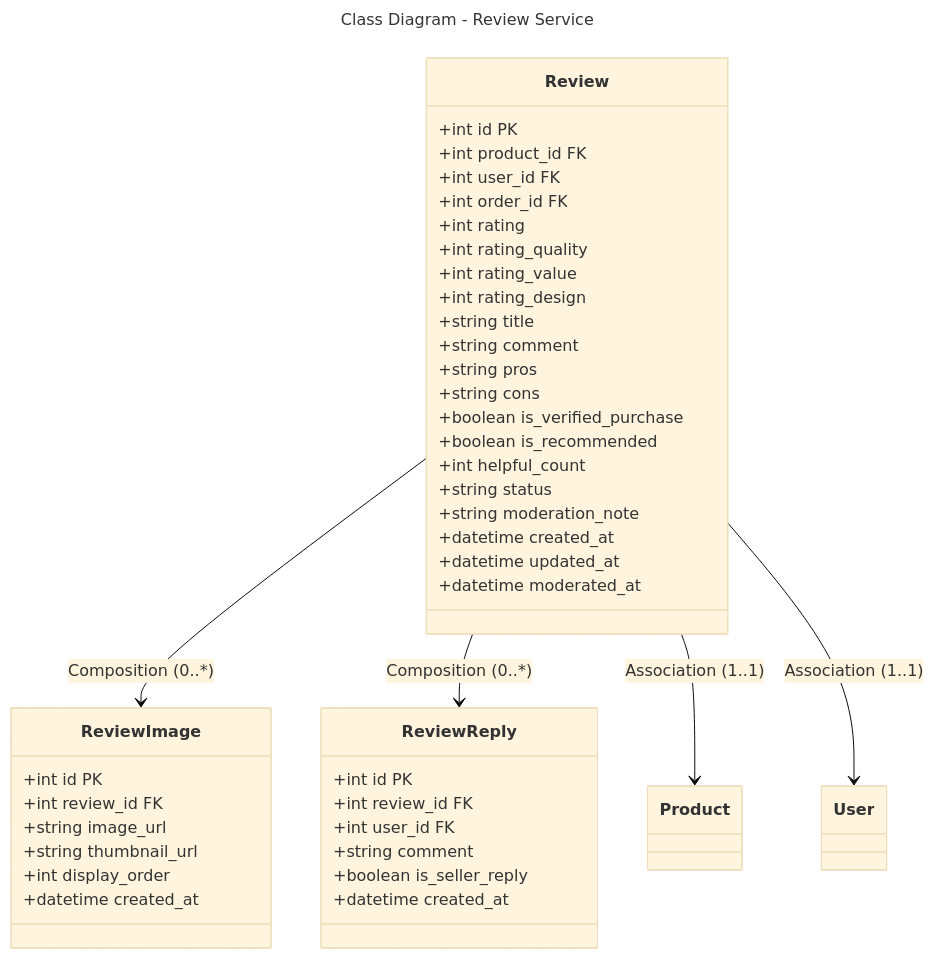
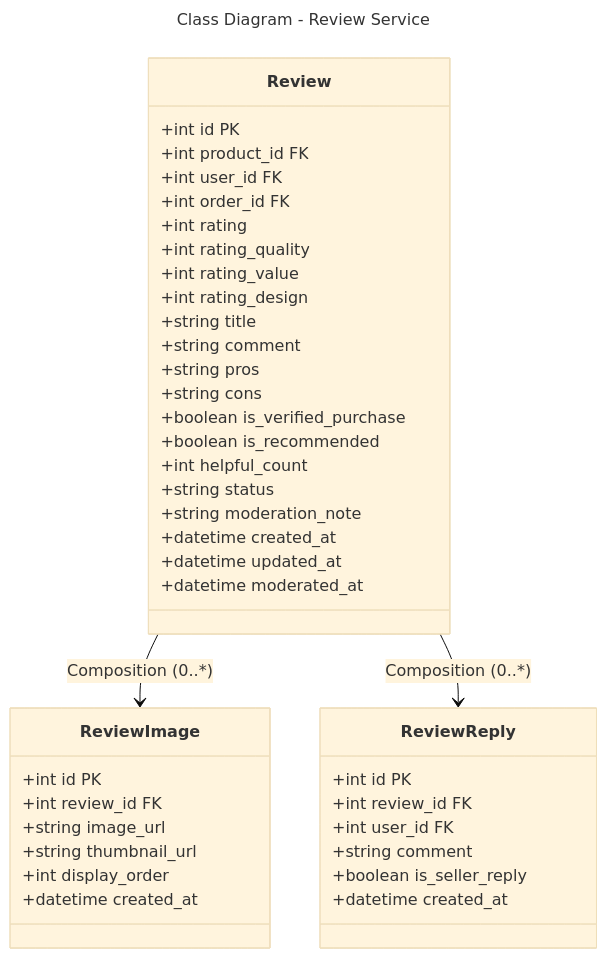
One commit to Trannaaanhh/ecom changed the diagram in docs/diagrams/class/review-service.md. Above: the diagram before and after it, drawn with Mermaid (base theme). The commit also changed other lines of this file and 11 other files, not shown here.

````diff
--- a/docs/diagrams/class/review-service.md
+++ b/docs/diagrams/class/review-service.md
@@ -1,51 +1,49 @@
 ```mermaid
 ---
 title: Class Diagram - Review Service
 ---
 classDiagram
     class Review {
         +int id PK
         +int product_id FK
         +int user_id FK
         +int order_id FK
         +int rating
         +int rating_quality
         +int rating_value
         +int rating_design
         +string title
         +string comment
         +string pros
         +string cons
         +boolean is_verified_purchase
         +boolean is_recommended
         +int helpful_count
         +string status
         +string moderation_note
         +datetime created_at
         +datetime updated_at
         +datetime moderated_at
     }
     
     class ReviewImage {
         +int id PK
         +int review_id FK
         +string image_url
         +string thumbnail_url
         +int display_order
         +datetime created_at
     }
     
     class ReviewReply {
         +int id PK
         +int review_id FK
         +int user_id FK
         +string comment
         +boolean is_seller_reply
         +datetime created_at
     }
     
     Review --> ReviewImage : Composition (0..*)
     Review --> ReviewReply : Composition (0..*)
-    Review --> Product : Association (1..1)
-    Review --> User : Association (1..1)
 ```
````
